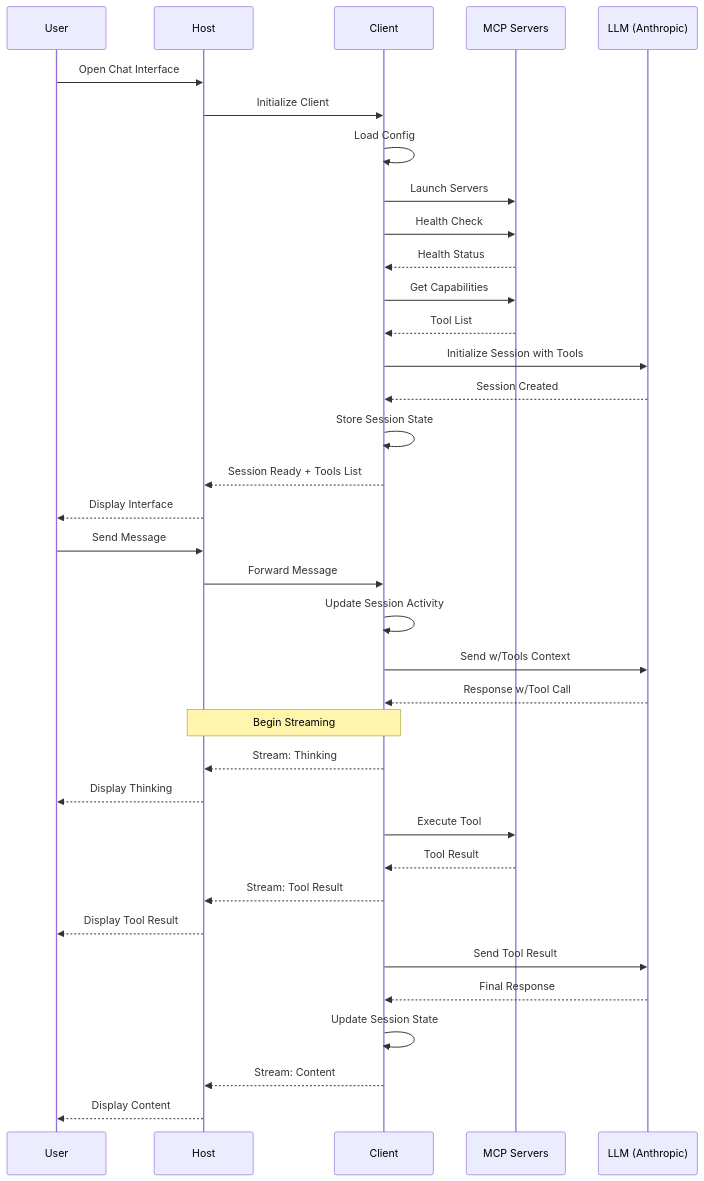
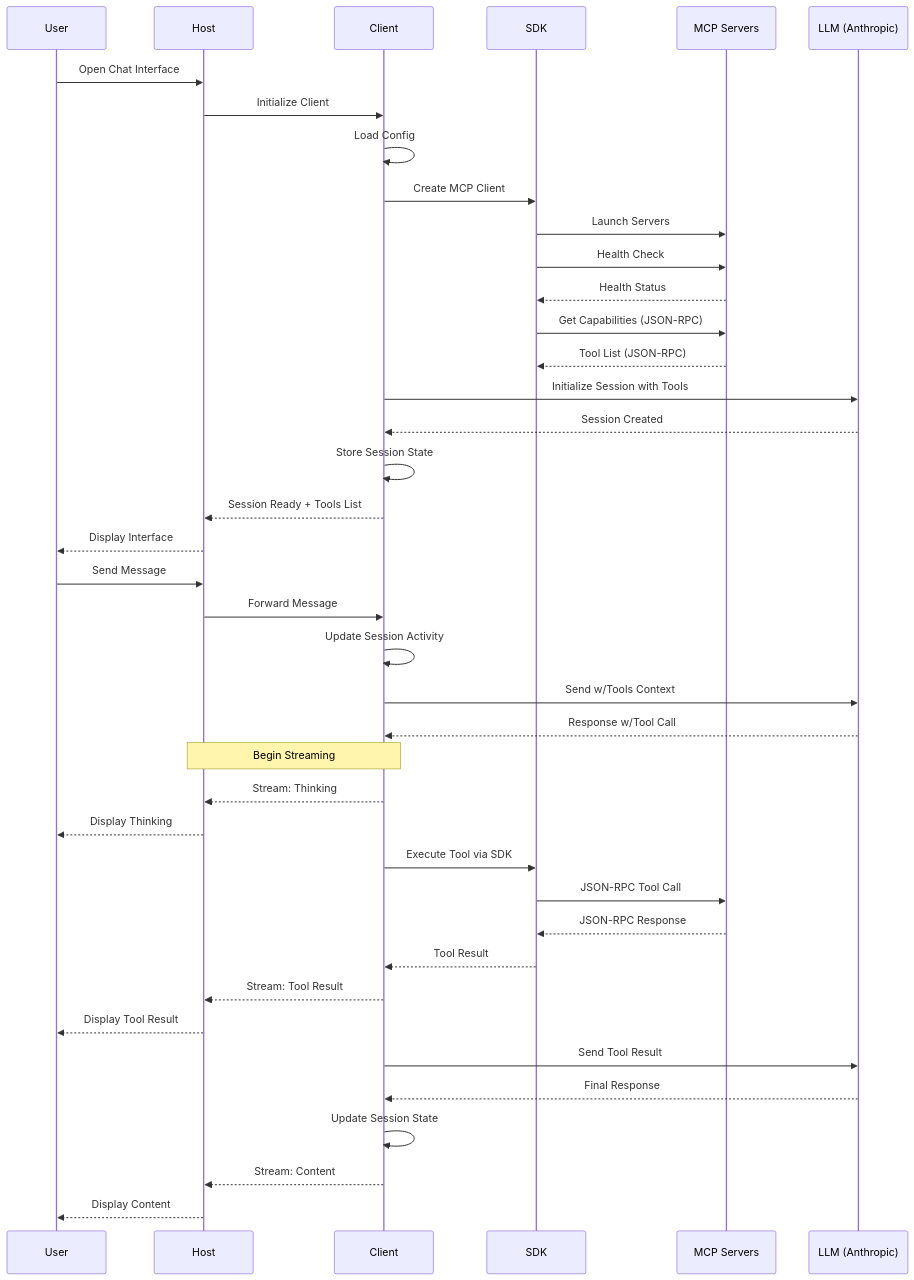
One commit to RinardNick/client_mcp changed the first of 8 diagrams in dataflow.md. Above: the diagram before and after it, drawn with Mermaid. The commit also changed other lines of this file and 2 other files, not shown here.

Commit message:
docs: update plan to include correct usage of MCP SDK

````diff
--- a/dataflow.md
+++ b/dataflow.md
@@ -64,45 +63,49 @@
 ```mermaid
 sequenceDiagram
     participant U as User
     participant H as Host
     participant C as Client
+    participant S as SDK
     participant M as MCP Servers
     participant L as LLM (Anthropic)
 
     %% Initialization Flow
     U->>H: Open Chat Interface
     H->>C: Initialize Client
     C->>C: Load Config
-    C->>M: Launch Servers
-    C->>M: Health Check
-    M-->>C: Health Status
-    C->>M: Get Capabilities
-    M-->>C: Tool List
+    C->>S: Create MCP Client
+    S->>M: Launch Servers
+    S->>M: Health Check
+    M-->>S: Health Status
+    S->>M: Get Capabilities (JSON-RPC)
+    M-->>S: Tool List (JSON-RPC)
     C->>L: Initialize Session with Tools
     L-->>C: Session Created
     C->>C: Store Session State
     C-->>H: Session Ready + Tools List
     H-->>U: Display Interface
 
     %% Message Flow
     U->>H: Send Message
     H->>C: Forward Message
     C->>C: Update Session Activity
     C->>L: Send w/Tools Context
     L-->>C: Response w/Tool Call
 
     Note over H,C: Begin Streaming
     C-->>H: Stream: Thinking
     H-->>U: Display Thinking
 
-    C->>M: Execute Tool
-    M-->>C: Tool Result
+    C->>S: Execute Tool via SDK
+    S->>M: JSON-RPC Tool Call
+    M-->>S: JSON-RPC Response
+    S-->>C: Tool Result
     C-->>H: Stream: Tool Result
     H-->>U: Display Tool Result
 
     C->>L: Send Tool Result
     L-->>C: Final Response
     C->>C: Update Session State
     C-->>H: Stream: Content
     H-->>U: Display Content
 ```
````
